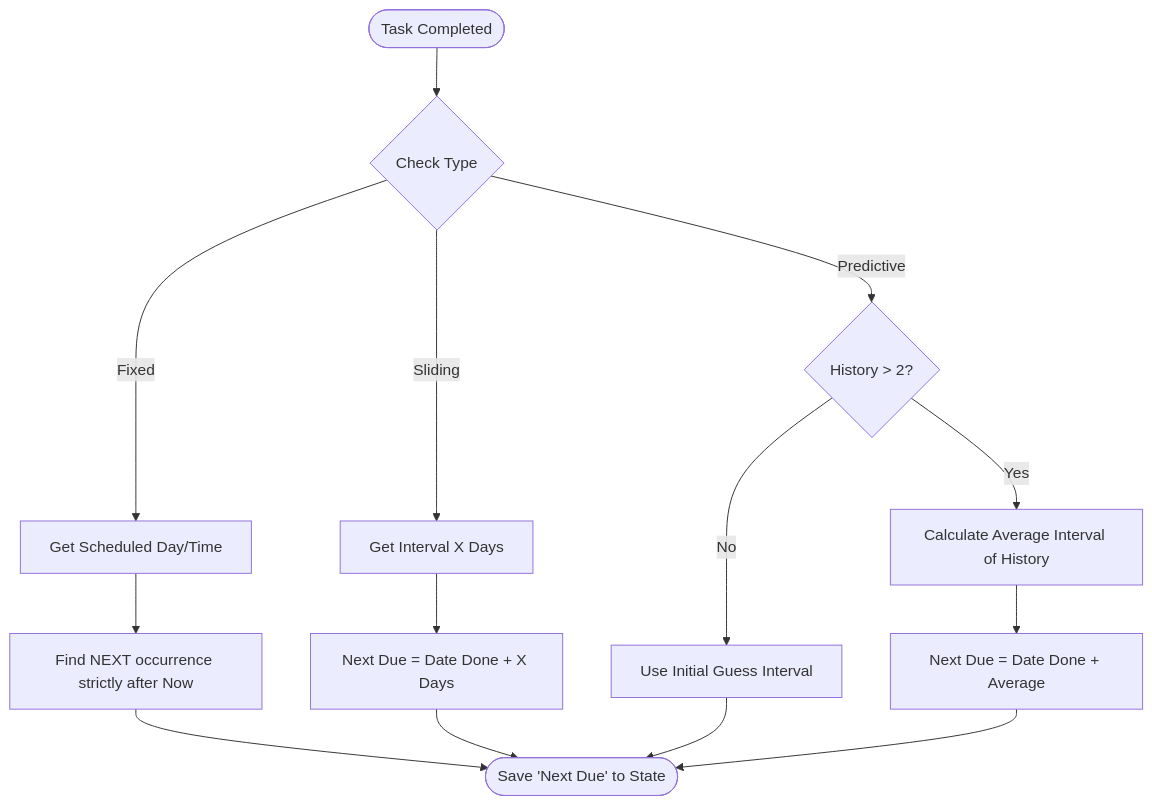
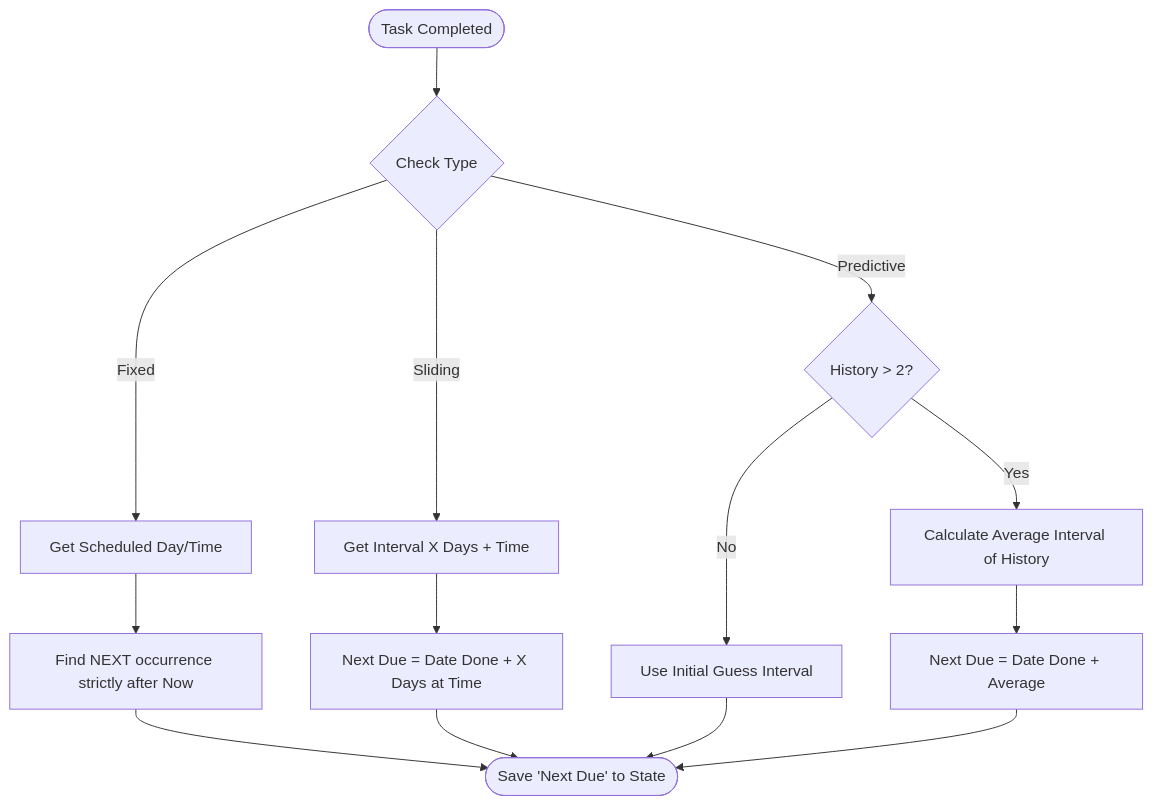
One commit to kedar-calangutkar/task-tracker-repo changed the diagram in README.md. Above: the diagram before and after it, drawn with Mermaid. The commit also changed other lines of this file and 1 other file, not shown here.

Commit message:
Refactor Task Tracker: Fix bugs, improve architecture, and update scheduling

````diff
--- a/README.md
+++ b/README.md
@@ -17,22 +19,21 @@
 ```mermaid
 graph TD
     Start([Task Completed]) --> CheckType{Check Type}
     
     CheckType -->|Fixed| Fixed[Get Scheduled Day/Time]
     Fixed --> F_Calc[Find NEXT occurrence strictly after Now]
     F_Calc --> Save
     
-    CheckType -->|Sliding| Sliding[Get Interval X Days]
-    Sliding --> S_Calc[Next Due = Date Done + X Days]
+    CheckType -->|Sliding| Sliding[Get Interval X Days + Time]
+    Sliding --> S_Calc[Next Due = Date Done + X Days at Time]
     S_Calc --> Save
     
     CheckType -->|Predictive| Pred{History > 2?}
     Pred -->|No| P_Guess[Use Initial Guess Interval]
     Pred -->|Yes| P_Avg[Calculate Average Interval of History]
     P_Avg --> P_Calc[Next Due = Date Done + Average]
     P_Guess --> Save
     P_Calc --> Save
     
     Save([Save 'Next Due' to State])
-
 ```
````
